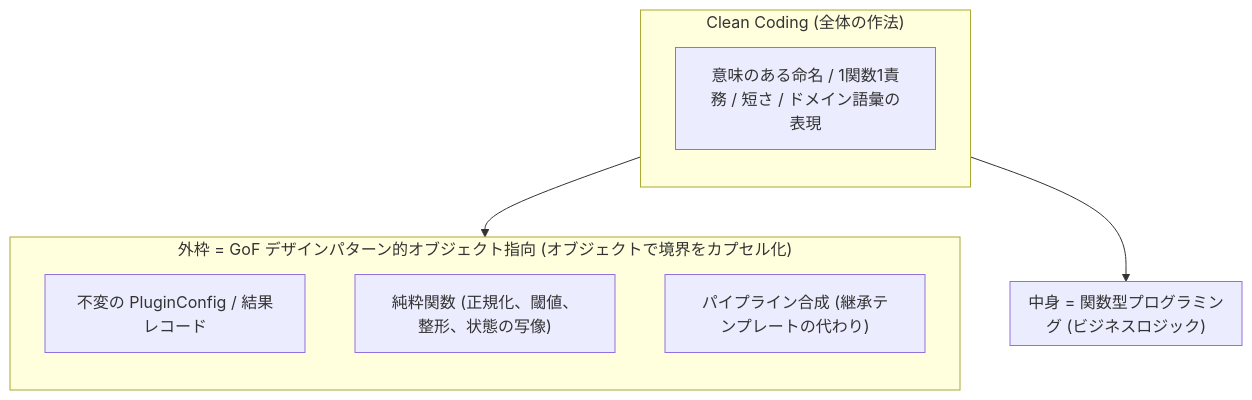
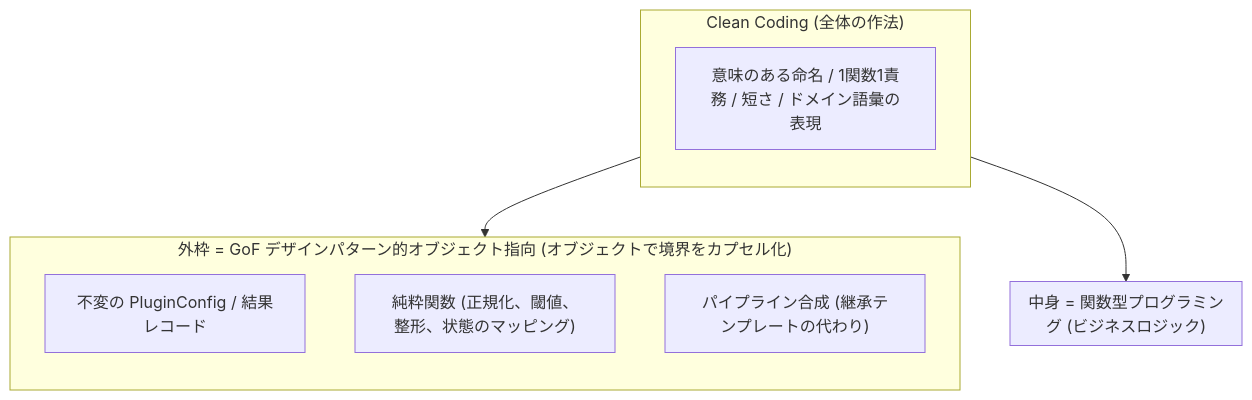
One commit to stein2nd/kis-wordpress changed the first of 2 diagrams in docs_mod/specs.md. Above: the diagram before and after it, drawn with Mermaid. The commit also changed 4 other files, not shown here.

````diff
--- a/docs_mod/specs.md
+++ b/docs_mod/specs.md
@@ -39,24 +39,24 @@
 ```mermaid
 flowchart TD
     subgraph CleanCoding ["Clean Coding (全体の作法)"]
         direction TB
         c1["意味のある命名 / 1関数1責務 / 短さ / ドメイン語彙の表現"]
     end
 
     subgraph OuterFrame ["外枠 = GoF デザインパターン的オブジェクト指向 (オブジェクトで境界をカプセル化)"]
         direction TB
         r1["Adapter (翻訳 API / 類似度 / WP Option / エディター)"]
         r2["薄い Facade (REST、設定画面の入口)"]
         r3["必要最小の DI (依存をコンストラクタ or 引数で渡す)"]
     end
 
     subgraph InnerContents ["中身 = 関数型プログラミング (ビジネスロジック)"]
         direction TB
         r1["不変の PluginConfig / 結果レコード"]
-        r2["純粋関数 (正規化、閾値、整形、状態の写像)"]
+        r2["純粋関数 (正規化、閾値、整形、状態のマッピング)"]
         r3["パイプライン合成 (継承テンプレートの代わり)"]
     end
 
     CleanCoding --> OuterFrame
     CleanCoding --> InnerContents
 ```
````
